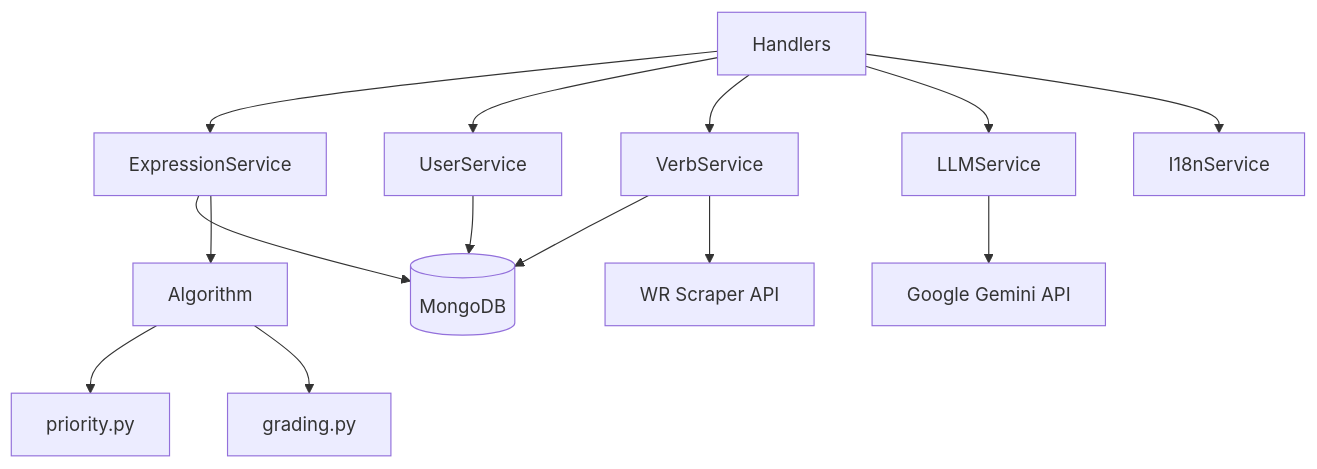
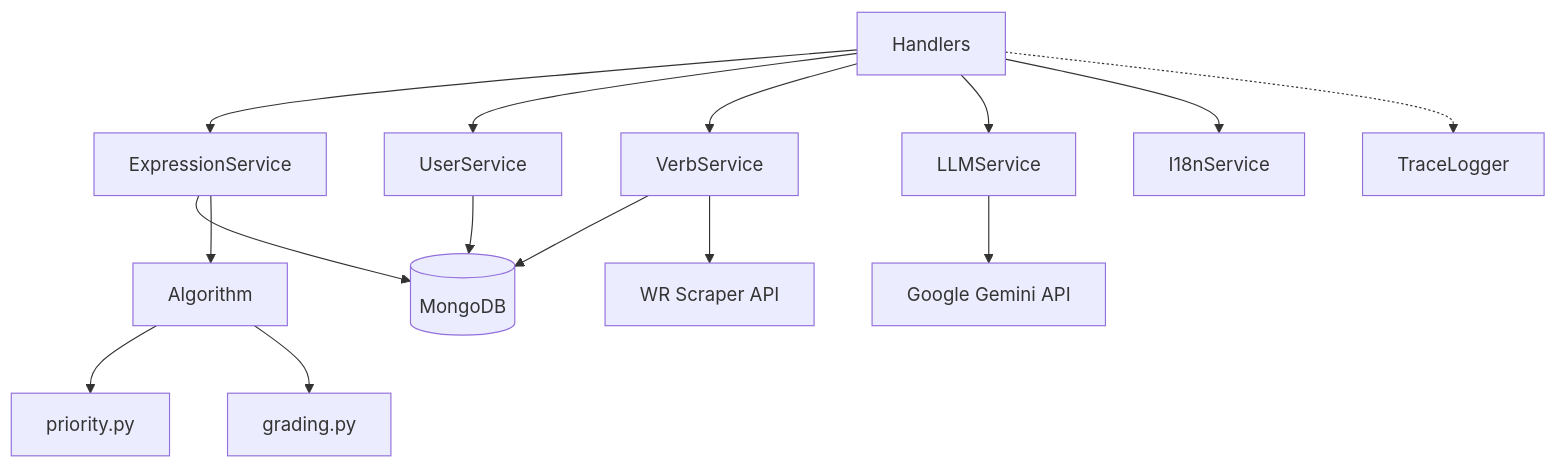
Before and after one commit to d-khalang/FlashCard_ecosystem: the first of 2 diagrams in flashcard-project/docs/services.md, drawn with Mermaid. The commit also changed other lines of this file and 1 other file, not shown here.

Commit message:
trace logger

````diff
--- a/flashcard-project/docs/services.md
+++ b/flashcard-project/docs/services.md
@@ -7,18 +7,19 @@
 ```mermaid
 graph TD
     H[Handlers] --> ES[ExpressionService]
     H --> US[UserService]
     H --> VS[VerbService]
     H --> LLM[LLMService]
     H --> I18N[I18nService]
+    H -.-> TL[TraceLogger]
     
     ES --> DB[(MongoDB)]
     US --> DB
     VS --> DB
     VS --> SCRAPER[WR Scraper API]
     LLM --> GEMINI[Google Gemini API]
     
     ES --> ALG[Algorithm]
     ALG --> PRI[priority.py]
     ALG --> GRD[grading.py]
 ```
````
